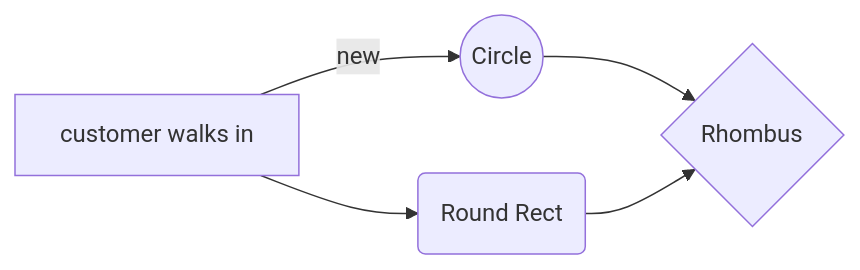
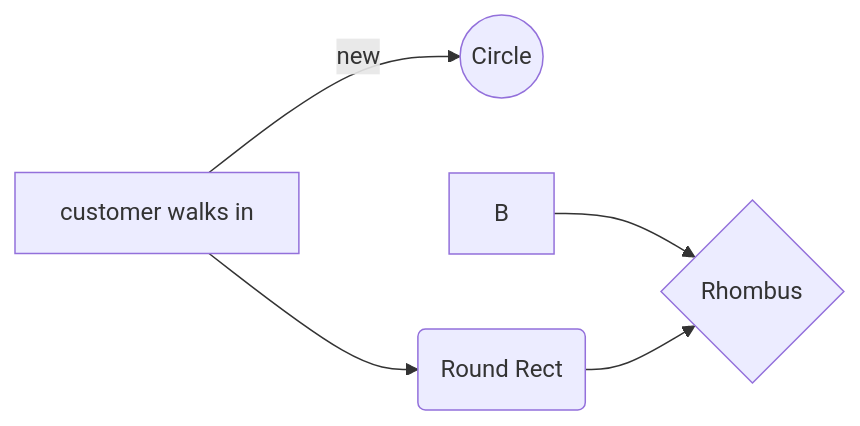
Before and after one commit to ray3arkha/hello-world: the second of 2 diagrams in Welcome file.md, drawn with Mermaid. The commit also changed other lines of this file, not shown here.

Commit message:
Welcome file.md updated from https://stackedit.io/

````diff
--- a/Welcome file.md
+++ b/Welcome file.md
@@ -137,8 +137,9 @@
 ```mermaid
 graph LR
 A[customer walks in] 
--- new --> B((Circle))
+
+-- new --> c((Circle))
 A --> C(Round Rect)
 B --> D{Rhombus}
 C --> D
 ```
````
